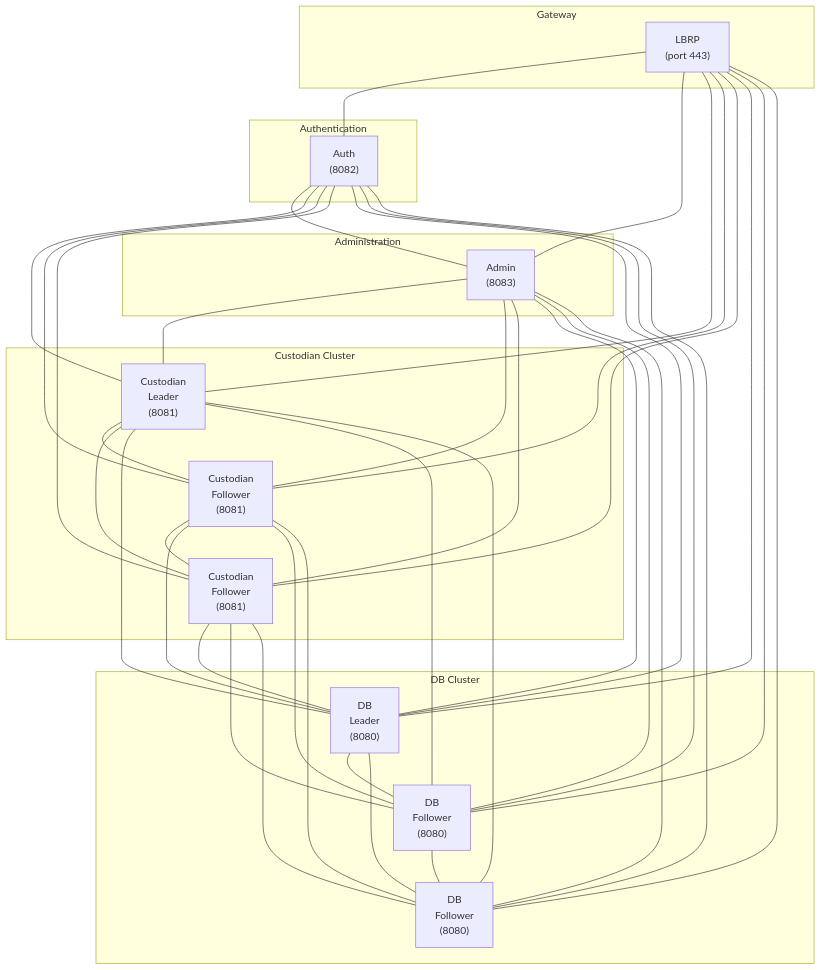
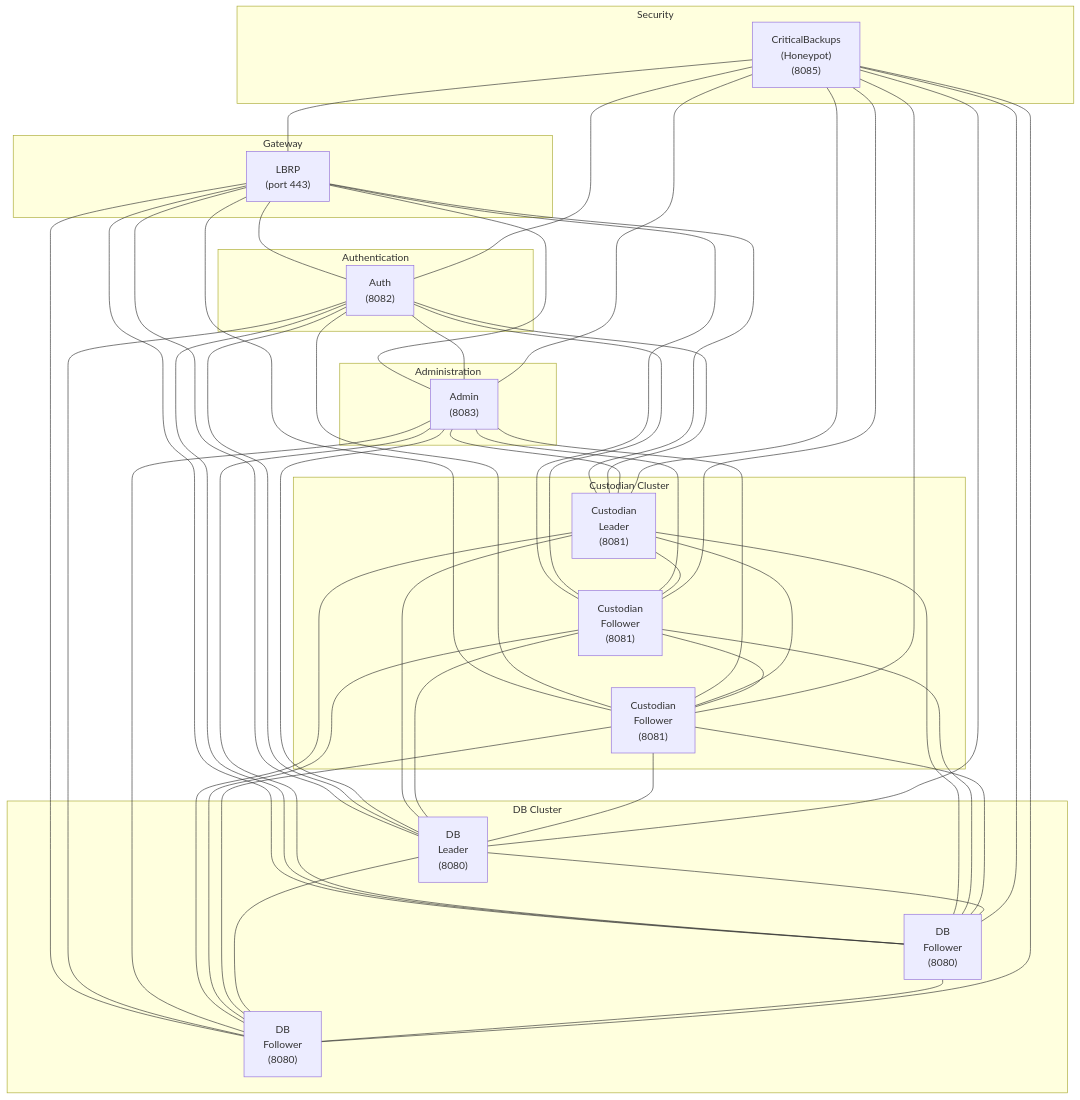
One commit to JonathanMcCormickJr/ngi changed the diagram in ARCHITECTURE.md. Above: the diagram before and after it, drawn with Mermaid. The commit also changed other lines of this file and 6 other files, not shown here.

````diff
--- a/ARCHITECTURE.md
+++ b/ARCHITECTURE.md
@@ -674,6 +759,10 @@
     DBLeader["DB<br/>Leader<br/>(8080)"]
     DBFollower1["DB<br/>Follower<br/>(8080)"]
     DBFollower2["DB<br/>Follower<br/>(8080)"]
+  end
+
+  subgraph "Security"
+    Honeypot["CriticalBackups<br/>(Honeypot)<br/>(8085)"]
   end
 
   LBRP --- Auth
@@ -719,4 +808,14 @@
   DBLeader --- DBFollower2
 
   DBFollower1 --- DBFollower2
+
+  Honeypot --- LBRP
+  Honeypot --- Auth
+  Honeypot --- Admin
+  Honeypot --- CustLeader
+  Honeypot --- CustFollower1
+  Honeypot --- CustFollower2
+  Honeypot --- DBLeader
+  Honeypot --- DBFollower1
+  Honeypot --- DBFollower2
 ```
````
